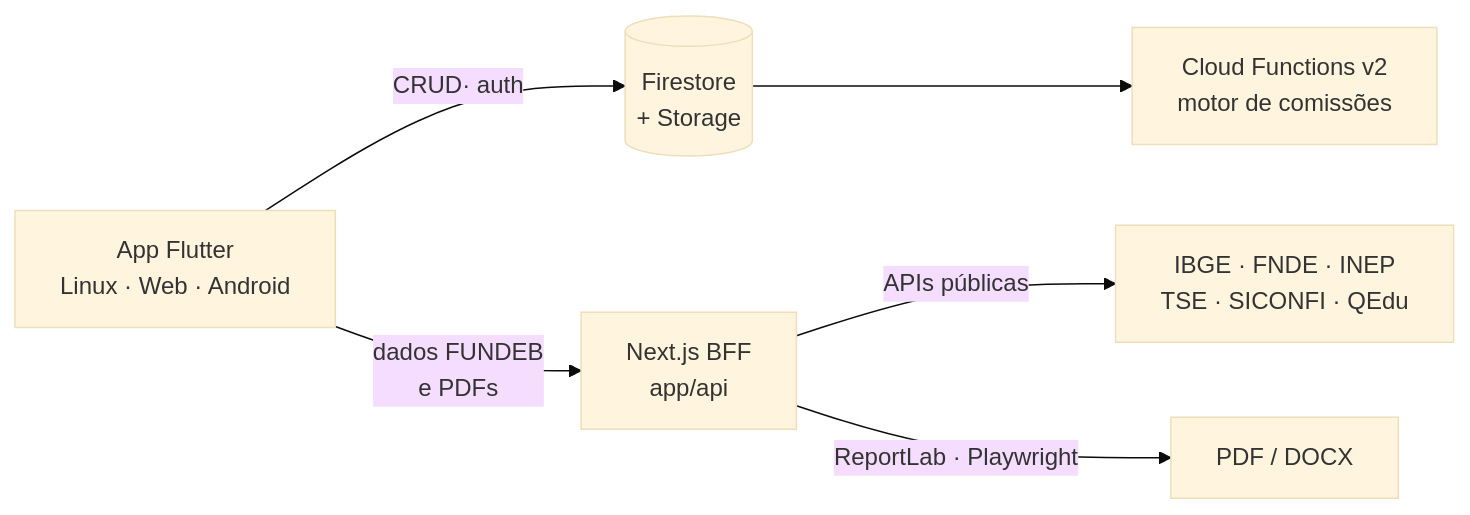
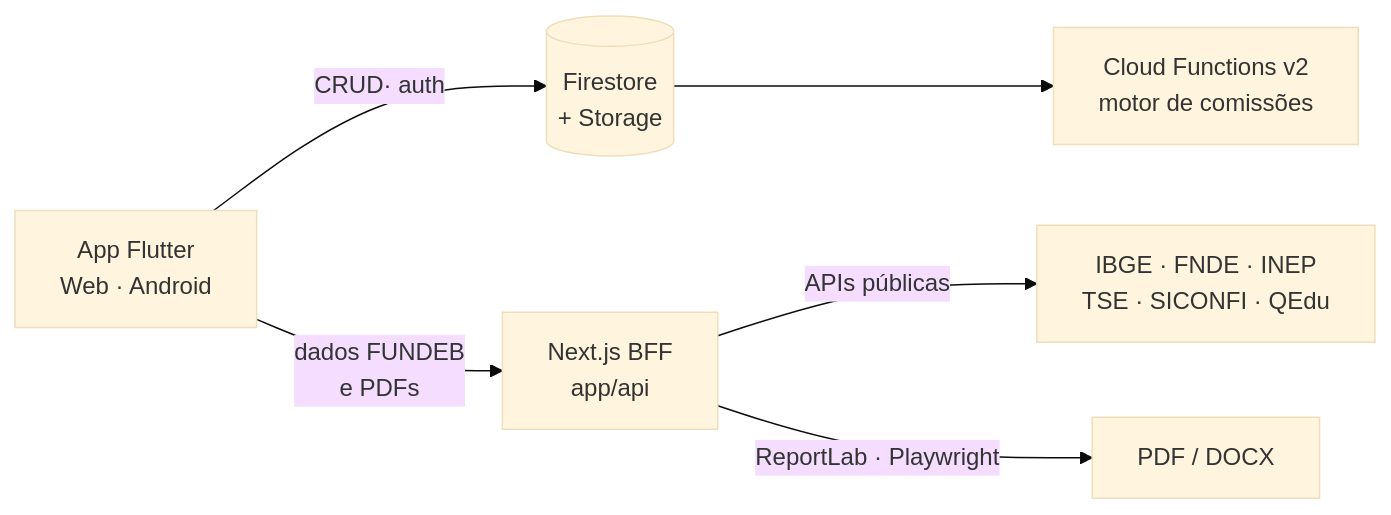
The diagram in README.md (nomadautomacao-dot/sync), drawn with Mermaid (base theme) before and after one commit. The commit also changed other lines of this file and 3 other files, not shown here.

````diff
--- a/README.md
+++ b/README.md
@@ -35,8 +35,8 @@
 ```mermaid
 graph LR
-  A[App Flutter<br/>Linux · Web · Android] -->|CRUD· auth| B[(Firestore<br/>+ Storage)]
+  A[App Flutter<br/>Web · Android] -->|CRUD· auth| B[(Firestore<br/>+ Storage)]
   A -->|dados FUNDEB<br/>e PDFs| C[Next.js BFF<br/>app/api]
   C -->|APIs públicas| D[IBGE · FNDE · INEP<br/>TSE · SICONFI · QEdu]
   C -->|ReportLab · Playwright| E[PDF / DOCX]
   B --> F[Cloud Functions v2<br/>motor de comissões]
 ```
````
